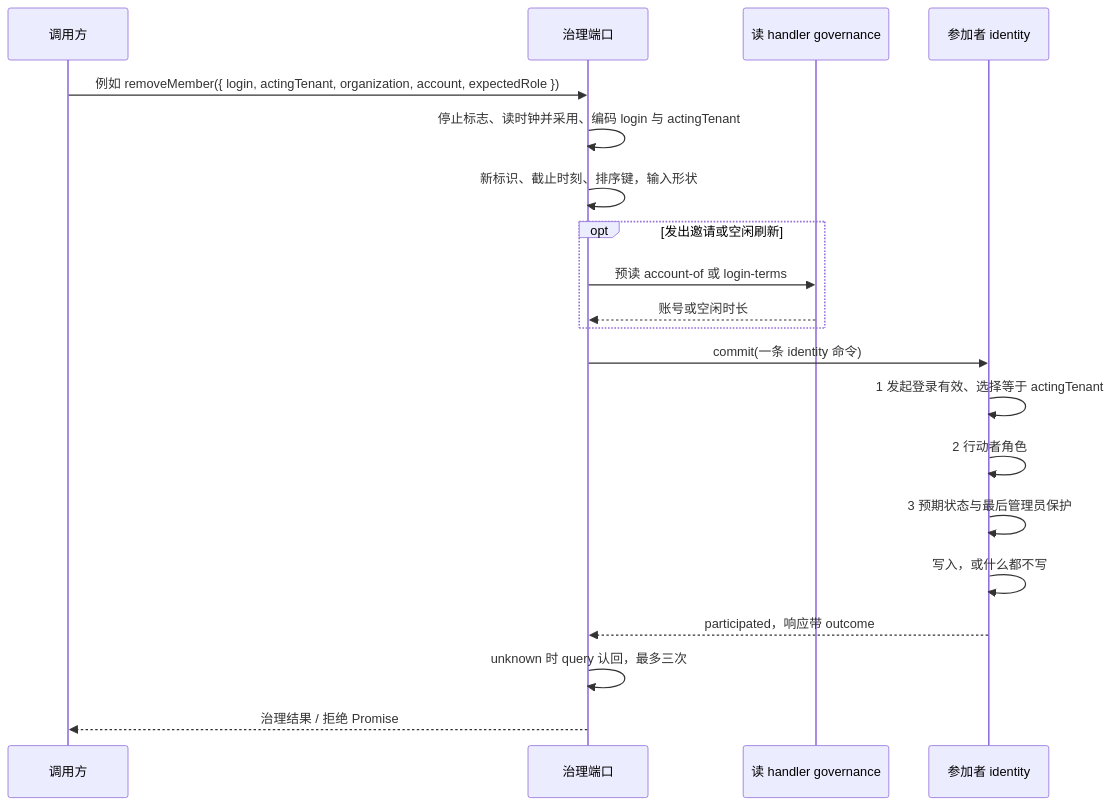
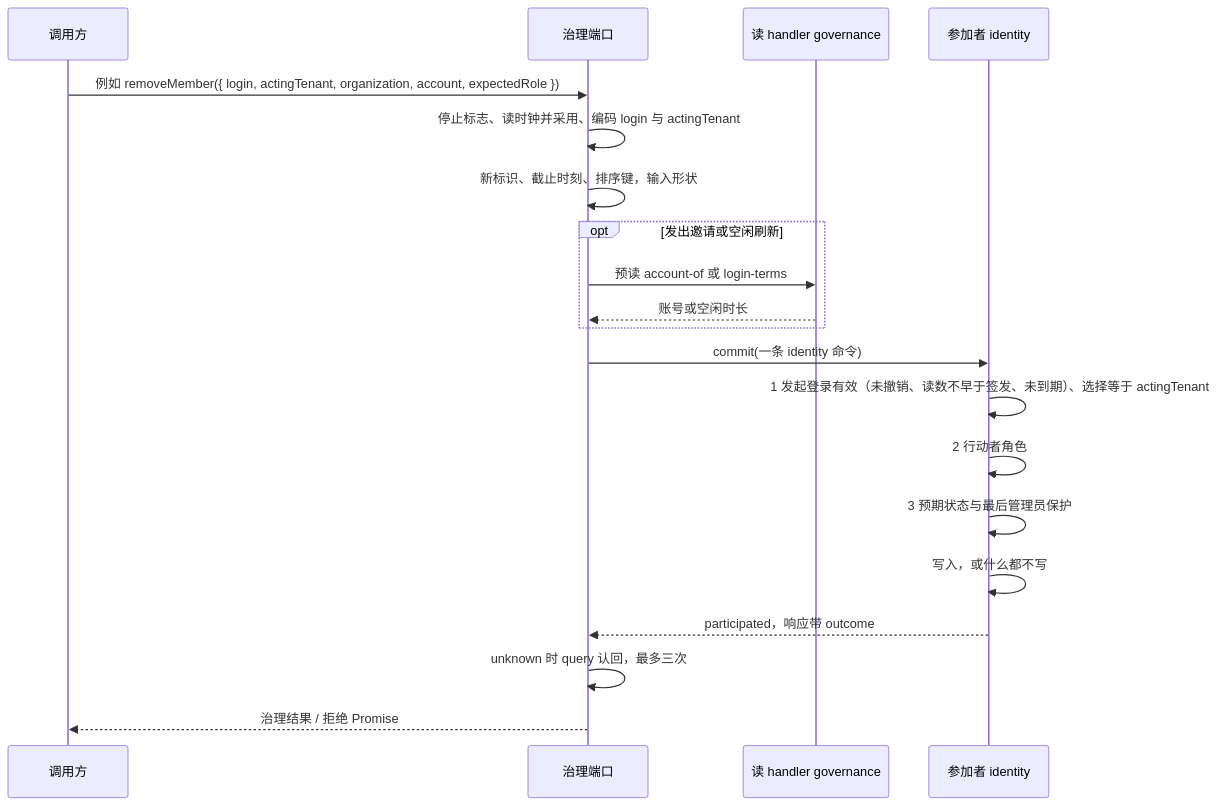
One commit to nemori-ai/omne-harness-lite changed the third of 3 diagrams in packages/identity/identity-sql/docs/flows.md. Above: the diagram before and after it, drawn with Mermaid. The commit also changed other lines of this file and 24 other files, not shown here.

````diff
--- a/packages/identity/identity-sql/docs/flows.md
+++ b/packages/identity/identity-sql/docs/flows.md
@@ -73,22 +73,22 @@
 ```mermaid
 sequenceDiagram
   participant C as 调用方
   participant P as 治理端口
   participant R as 读 handler governance
   participant W as 参加者 identity
   C->>P: 例如 removeMember({ login, actingTenant, organization, account, expectedRole })
   P->>P: 停止标志、读时钟并采用、编码 login 与 actingTenant
   P->>P: 新标识、截止时刻、排序键，输入形状
   opt 发出邀请或空闲刷新
     P->>R: 预读 account-of 或 login-terms
     R-->>P: 账号或空闲时长
   end
   P->>W: commit(一条 identity 命令)
-  W->>W: 1 发起登录有效、选择等于 actingTenant
+  W->>W: 1 发起登录有效（未撤销、读数不早于签发、未到期）、选择等于 actingTenant
   W->>W: 2 行动者角色
   W->>W: 3 预期状态与最后管理员保护
   W->>W: 写入，或什么都不写
   W-->>P: participated，响应带 outcome
   P->>P: unknown 时 query 认回，最多三次
   P-->>C: 治理结果 / 拒绝 Promise
 ```
````
